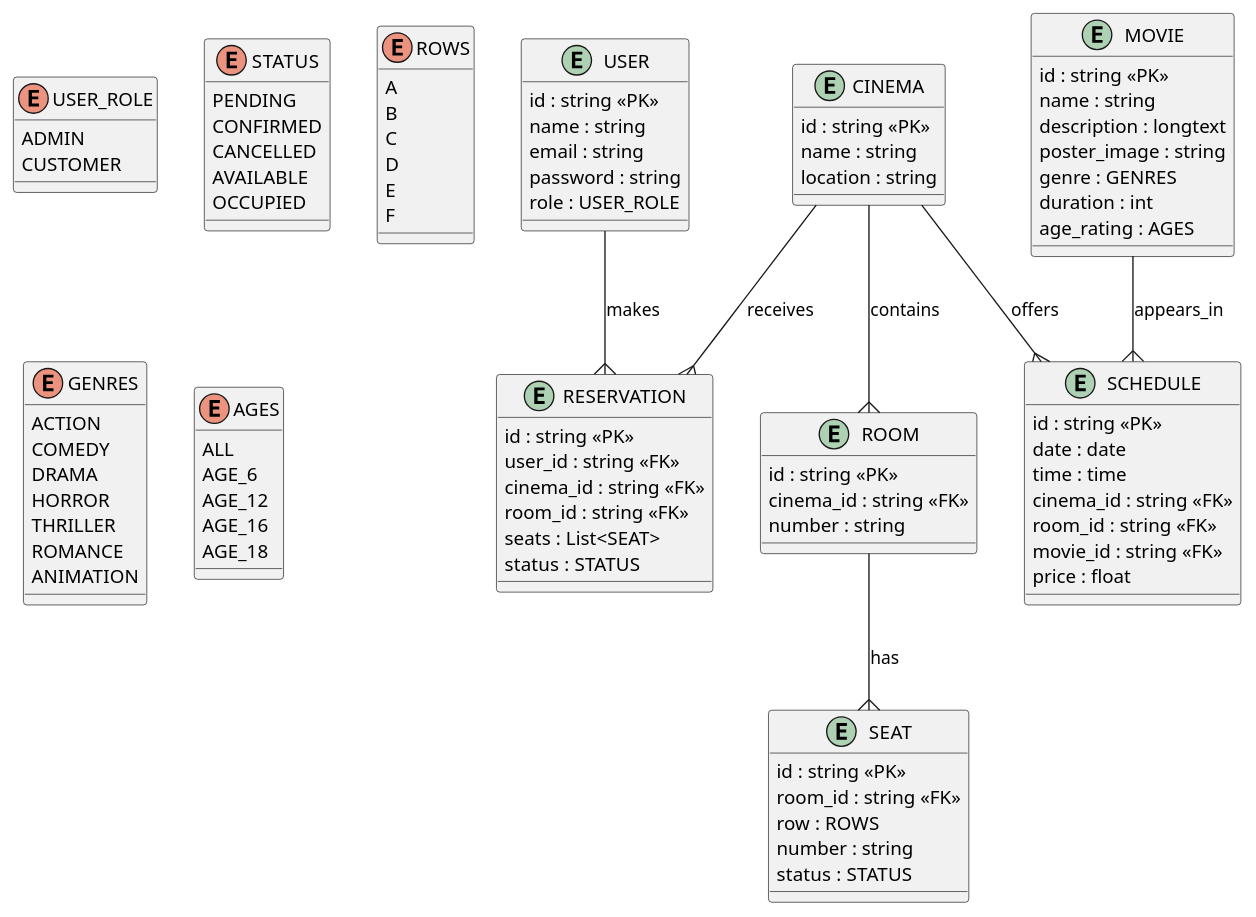
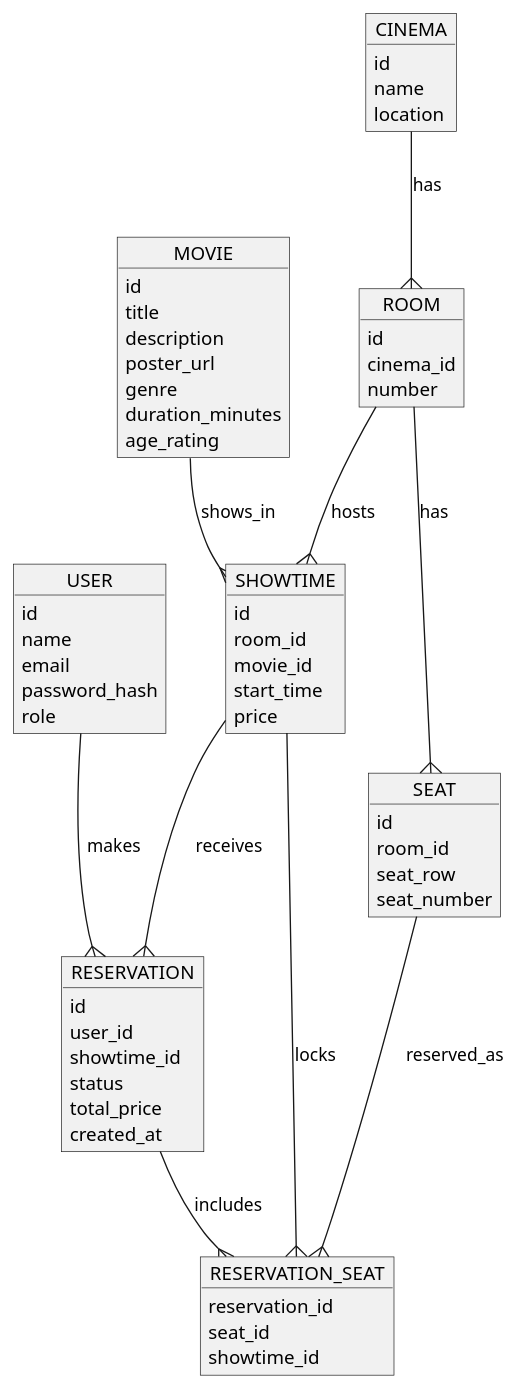
The diagram in docs/er-diagram..puml (hugobumba/cinema-system), drawn with PlantUML before and after one commit. The commit also changed 1 other file, not shown here.

Commit message:
docs: diagrams updated

```diff
--- a/docs/er-diagram..puml
+++ b/docs/er-diagram..puml
@@ -1,119 +2,73 @@
 @startuml
 
-' =========================
-' ENUMS
-' =========================
-
-enum USER_ROLE {
-    ADMIN
-    CUSTOMER
+object USER {
+    id
+    name
+    email
+    password_hash
+    role
 }
 
-enum STATUS {
-    PENDING
-    CONFIRMED
-    CANCELLED
-    AVAILABLE
-    OCCUPIED
+object CINEMA {
+    id
+    name
+    location
 }
 
-enum ROWS {
-    A
-    B
-    C
-    D
-    E
-    F
+object ROOM {
+    id
+    cinema_id
+    number
 }
 
-enum GENRES {
-    ACTION
-    COMEDY
-    DRAMA
-    HORROR
-    THRILLER
-    ROMANCE
-    ANIMATION
+object SEAT {
+    id
+    room_id
+    seat_row
+    seat_number
 }
 
-enum AGES {
-    ALL
-    AGE_6
-    AGE_12
-    AGE_16
-    AGE_18
+object MOVIE {
+    id
+    title
+    description
+    poster_url
+    genre
+    duration_minutes
+    age_rating
 }
 
-' =========================
-' ENTITIES
-' =========================
-
-entity USER {
-    id : string <<PK>>
-    name : string
-    email : string
-    password : string
-    role : USER_ROLE
+object SHOWTIME {
+    id
+    room_id
+    movie_id
+    start_time
+    price
 }
 
-entity RESERVATION {
-    id : string <<PK>>
-    user_id : string <<FK>>
-    cinema_id : string <<FK>>
-    room_id : string <<FK>>
-    seats : List<SEAT>
-    status : STATUS
+object RESERVATION {
+    id
+    user_id
+    showtime_id
+    status
+    total_price
+    created_at
 }
 
-entity CINEMA {
-    id : string <<PK>>
-    name : string
-    location : string
+object RESERVATION_SEAT {
+    reservation_id
+    seat_id
+    showtime_id
 }
 
-entity ROOM {
-    id : string <<PK>>
-    cinema_id : string <<FK>>
-    number : string
-}
-
-entity SEAT {
-    id : string <<PK>>
-    room_id : string <<FK>>
-    row : ROWS
-    number : string
-    status : STATUS
-}
-
-entity SCHEDULE {
-    id : string <<PK>>
-    date : date
-    time : time
-    cinema_id : string <<FK>>
-    room_id : string <<FK>>
-    movie_id : string <<FK>>
-    price : float
-}
-
-entity MOVIE {
-    id : string <<PK>>
-    name : string
-    description : longtext
-    poster_image : string
-    genre : GENRES
-    duration : int
-    age_rating : AGES
-}
-
-' =========================
-' RELATIONSHIPS
-' =========================
-
 USER --{ RESERVATION : makes
-CINEMA --{ RESERVATION : receives
-CINEMA --{ ROOM : contains
+CINEMA --{ ROOM : has
 ROOM --{ SEAT : has
-CINEMA --{ SCHEDULE : offers
-MOVIE --{ SCHEDULE : appears_in
+ROOM --{ SHOWTIME : hosts
+MOVIE --{ SHOWTIME : shows_in
+SHOWTIME --{ RESERVATION : receives
+RESERVATION --{ RESERVATION_SEAT : includes
+SEAT --{ RESERVATION_SEAT : reserved_as
+SHOWTIME --{ RESERVATION_SEAT : locks
 
 @enduml
```
